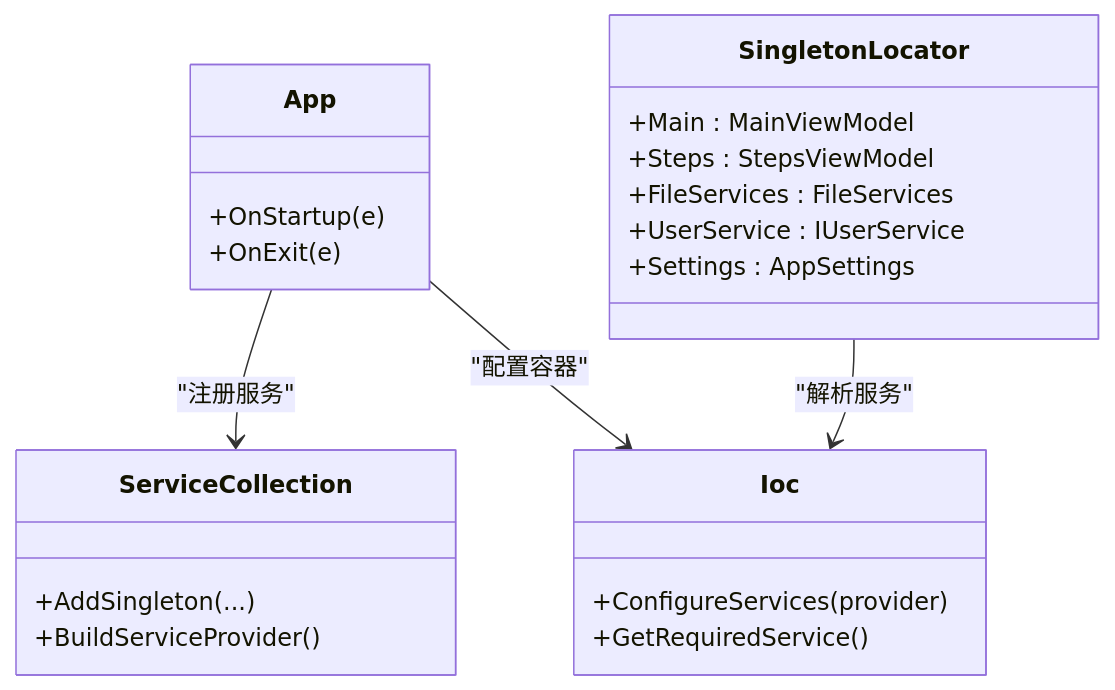
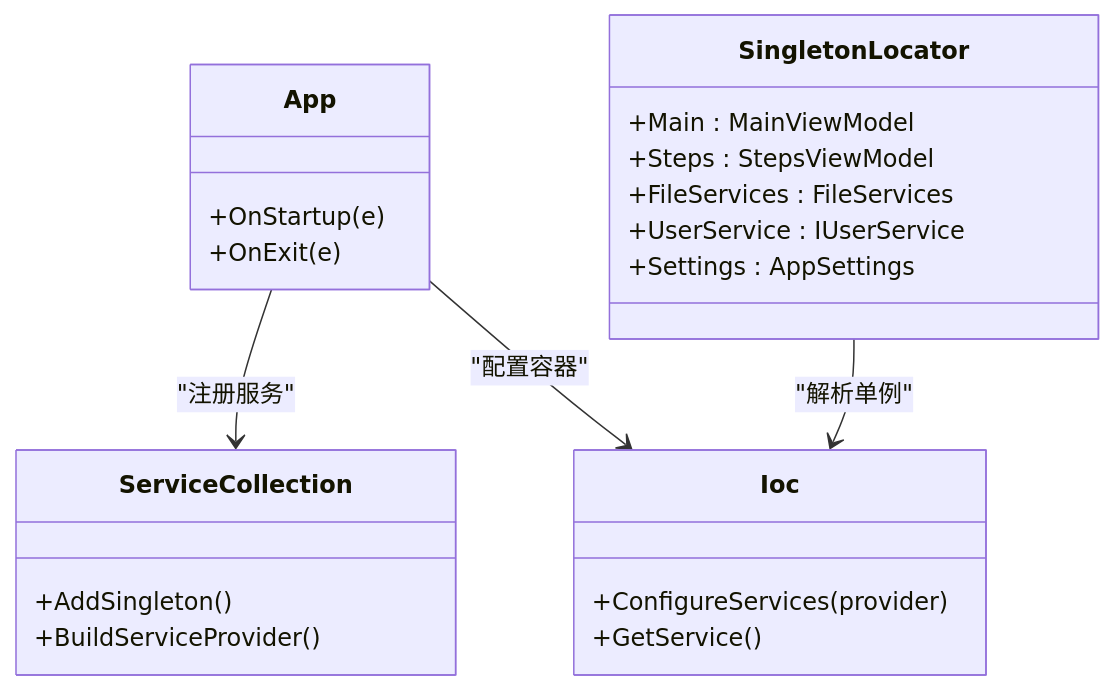
The fourth of 8 diagrams in .qoder/repowiki/zh/content/架构设计/架构设计.md (yooxii/ShaoLuAuto), drawn with Mermaid before and after one commit. The commit also changed other lines of this file and 213 other files, not shown here.

````diff
--- a/.qoder/repowiki/zh/content/架构设计/架构设计.md
+++ b/.qoder/repowiki/zh/content/架构设计/架构设计.md
@@ -181,25 +217,25 @@
 ```mermaid
 classDiagram
 class App {
 +OnStartup(e)
 +OnExit(e)
 }
 class ServiceCollection {
-+AddSingleton(...)
++AddSingleton<T>()
 +BuildServiceProvider()
 }
 class Ioc {
 +ConfigureServices(provider)
-+GetRequiredService<T>()
++GetService<T>()
 }
 class SingletonLocator {
 +Main : MainViewModel
 +Steps : StepsViewModel
 +FileServices : FileServices
 +UserService : IUserService
 +Settings : AppSettings
 }
 App --> ServiceCollection : "注册服务"
 App --> Ioc : "配置容器"
-SingletonLocator --> Ioc : "解析服务"
+SingletonLocator --> Ioc : "解析单例"
 ```
````
